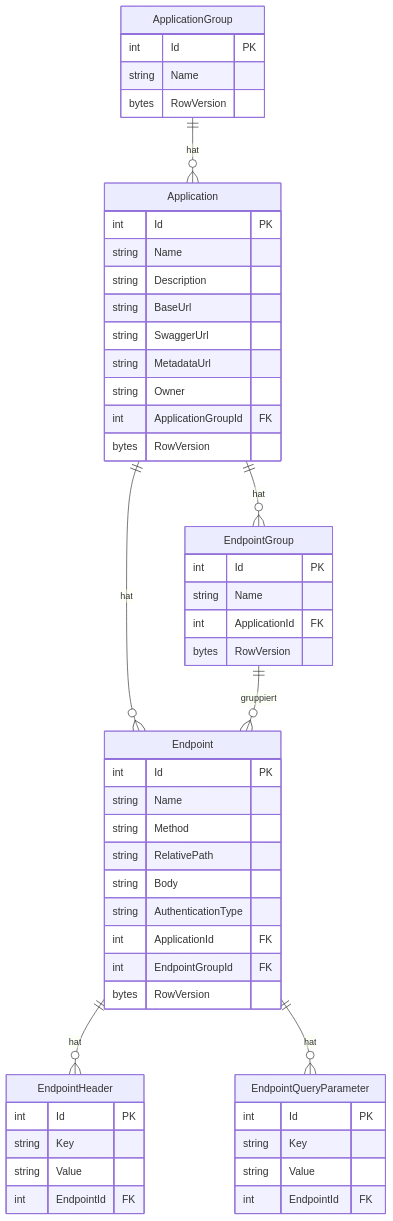
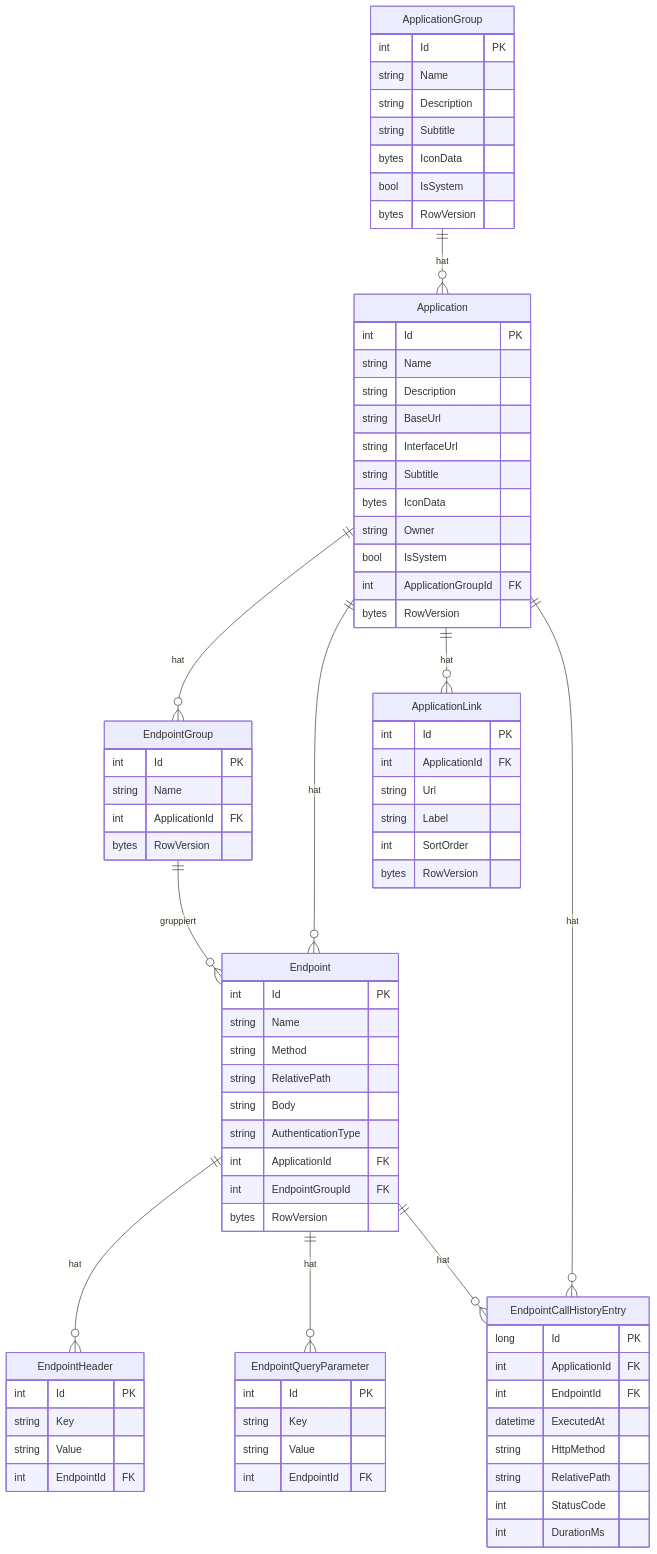
One commit to martin-stromberg/Schnittstellenzentrale changed the diagram in docs/help/schnittstellenzentrale/datenmodell.md. Above: the diagram before and after it, drawn with Mermaid. The commit also changed other lines of this file and 104 other files, not shown here.

First line of the commit message:
feat: Redesign Schnittstellenzentrale – shadcn, neue Navigation, Sammlungen, History und Icon-Upload

````diff
--- a/docs/help/schnittstellenzentrale/datenmodell.md
+++ b/docs/help/schnittstellenzentrale/datenmodell.md
@@ -130,55 +184,82 @@
 ```mermaid
 erDiagram
     ApplicationGroup {
         int Id PK
         string Name
+        string Description
+        string Subtitle
+        bytes IconData
+        bool IsSystem
         bytes RowVersion
     }
     Application {
         int Id PK
         string Name
         string Description
         string BaseUrl
-        string SwaggerUrl
-        string MetadataUrl
+        string InterfaceUrl
+        string Subtitle
+        bytes IconData
         string Owner
+        bool IsSystem
         int ApplicationGroupId FK
         bytes RowVersion
     }
     EndpointGroup {
         int Id PK
         string Name
         int ApplicationId FK
         bytes RowVersion
     }
     Endpoint {
         int Id PK
         string Name
         string Method
         string RelativePath
         string Body
         string AuthenticationType
         int ApplicationId FK
         int EndpointGroupId FK
         bytes RowVersion
     }
     EndpointHeader {
         int Id PK
         string Key
         string Value
         int EndpointId FK
     }
     EndpointQueryParameter {
         int Id PK
         string Key
         string Value
         int EndpointId FK
     }
+    ApplicationLink {
+        int Id PK
+        int ApplicationId FK
+        string Url
+        string Label
+        int SortOrder
+        bytes RowVersion
+    }
+    EndpointCallHistoryEntry {
+        long Id PK
+        int ApplicationId FK
+        int EndpointId FK
+        datetime ExecutedAt
+        string HttpMethod
+        string RelativePath
+        int StatusCode
+        int DurationMs
+    }
 
     ApplicationGroup ||--o{ Application : "hat"
     Application ||--o{ EndpointGroup : "hat"
     Application ||--o{ Endpoint : "hat"
+    Application ||--o{ ApplicationLink : "hat"
+    Application ||--o{ EndpointCallHistoryEntry : "hat"
     EndpointGroup ||--o{ Endpoint : "gruppiert"
     Endpoint ||--o{ EndpointHeader : "hat"
     Endpoint ||--o{ EndpointQueryParameter : "hat"
+    Endpoint ||--o{ EndpointCallHistoryEntry : "hat"
 ```
````
